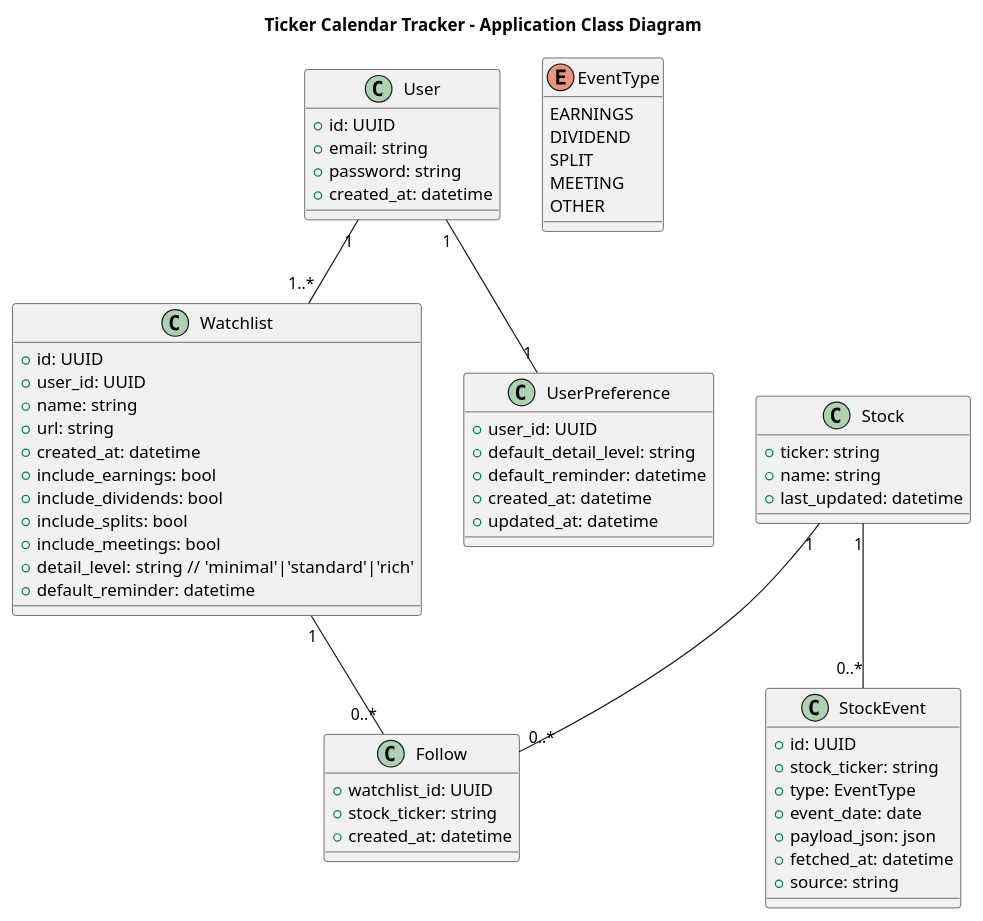
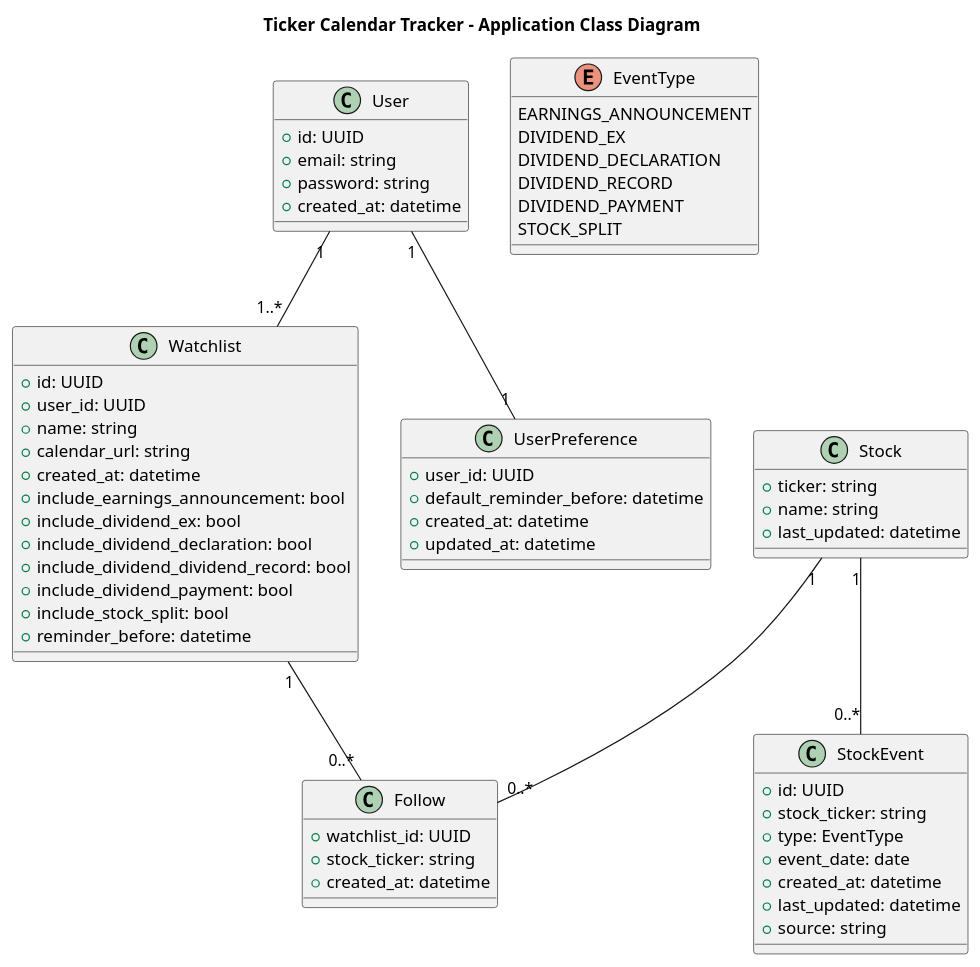
The diagram in docs/uml/class_diagram_application.puml (PhilippXXY/ticker-cal-tracker), drawn with PlantUML before and after one commit. The commit also changed 1 other file, not shown here.

Commit message:
Add database schema and UML updates

```diff
--- a/docs/uml/class_diagram_application.puml
+++ b/docs/uml/class_diagram_application.puml
@@ -1,68 +1,69 @@
 @startuml class_diagram_application
 title Ticker Calendar Tracker - Application Class Diagram
 
 class User {
   +id: UUID
   +email: string
   +password: string
   +created_at: datetime
 }
 
 class Stock {
   +ticker: string
   +name: string
   +last_updated: datetime
 }
 
 class Follow {
   +watchlist_id: UUID
   +stock_ticker: string
   +created_at: datetime
 }
 
 enum EventType {
-  EARNINGS
-  DIVIDEND
-  SPLIT
-  MEETING
-  OTHER
+  EARNINGS_ANNOUNCEMENT
+  DIVIDEND_EX
+  DIVIDEND_DECLARATION
+  DIVIDEND_RECORD
+  DIVIDEND_PAYMENT
+  STOCK_SPLIT
 }
 
 class StockEvent {
   +id: UUID
   +stock_ticker: string
   +type: EventType
   +event_date: date
-  +payload_json: json
-  +fetched_at: datetime
+  +created_at: datetime
+  +last_updated: datetime
   +source: string
 }
 
 class Watchlist {
   +id: UUID
   +user_id: UUID
   +name: string
-  +url: string
+  +calendar_url: string
   +created_at: datetime
-  +include_earnings: bool
-  +include_dividends: bool
-  +include_splits: bool
-  +include_meetings: bool
-  +detail_level: string  // 'minimal'|'standard'|'rich'
-  +default_reminder: datetime
+  +include_earnings_announcement: bool
+  +include_dividend_ex: bool
+  +include_dividend_declaration: bool
+  +include_dividend_dividend_record: bool
+  +include_dividend_payment: bool
+  +include_stock_split: bool
+  +reminder_before: datetime
 }
 
 class UserPreference {
   +user_id: UUID
-  +default_detail_level: string
-  +default_reminder: datetime
+  +default_reminder_before: datetime
   +created_at: datetime
   +updated_at: datetime
 }
 
 Watchlist "1" -- "0..*" Follow
 Stock "1" -- "0..*" Follow
 Stock "1" -- "0..*" StockEvent
 User "1" -- "1..*" Watchlist
 User "1" -- "1" UserPreference
 @enduml
```
